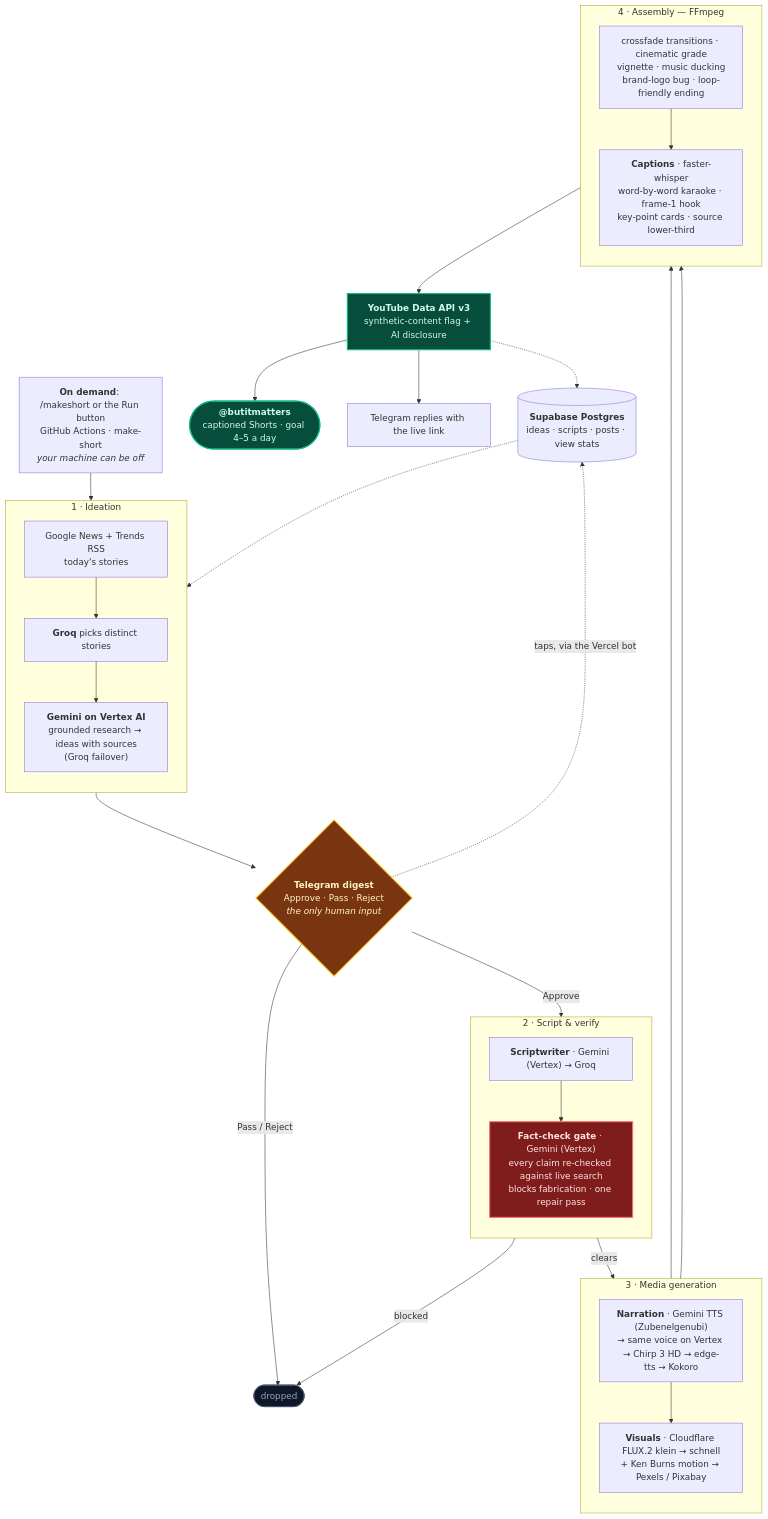
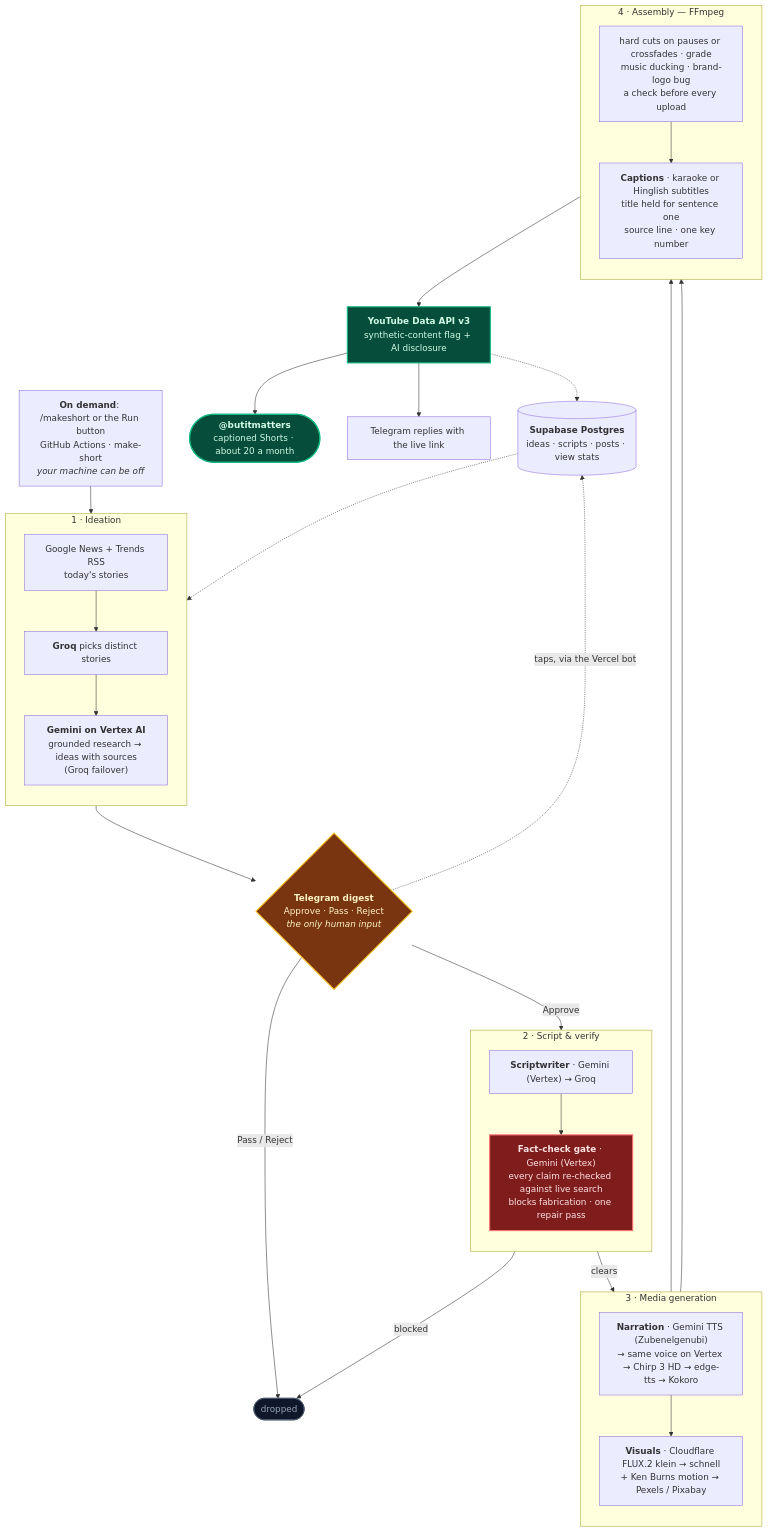
The diagram in README.md (Shaan-alpha/AI-Reel-Factory), drawn with Mermaid before and after one commit. The commit also changed other lines of this file and 12 other files, not shown here.

````diff
--- a/README.md
+++ b/README.md
@@ -87,64 +95,64 @@
 ```mermaid
 flowchart TD
     RUN["<b>On demand</b>: /makeshort or the Run button<br/>GitHub Actions · make-short<br/><i>your machine can be off</i>"]
 
     subgraph IDEA ["1 · Ideation"]
         direction TB
         I1["Google News + Trends RSS<br/>today's stories"]
         I2["<b>Groq</b> picks distinct stories"]
         I3["<b>Gemini on Vertex AI</b><br/>grounded research → ideas with sources<br/>(Groq failover)"]
         I1 --> I2 --> I3
     end
 
     TG{"<b>Telegram digest</b><br/>Approve · Pass · Reject<br/><i>the only human input</i>"}
     DROP(["dropped"])
 
     subgraph WRITE ["2 · Script &amp; verify"]
         direction TB
         W1["<b>Scriptwriter</b> · Gemini (Vertex) → Groq"]
         W2["<b>Fact-check gate</b> · Gemini (Vertex)<br/>every claim re-checked against live search<br/>blocks fabrication · one repair pass"]
         W1 --> W2
     end
 
     subgraph MEDIA ["3 · Media generation"]
         direction TB
         V1["<b>Narration</b> · Gemini TTS (Zubenelgenubi)<br/>→ same voice on Vertex → Chirp 3 HD → edge-tts → Kokoro"]
         V2["<b>Visuals</b> · Cloudflare FLUX.2 klein → schnell<br/>+ Ken Burns motion → Pexels / Pixabay"]
         V1 --> V2
     end
 
     subgraph EDIT ["4 · Assembly — FFmpeg"]
         direction TB
-        E1["crossfade transitions · cinematic grade<br/>vignette · music ducking<br/>brand-logo bug · loop-friendly ending"]
-        E2["<b>Captions</b> · faster-whisper<br/>word-by-word karaoke · frame-1 hook<br/>key-point cards · source lower-third"]
+        E1["hard cuts on pauses or crossfades · grade<br/>music ducking · brand-logo bug<br/>a check before every upload"]
+        E2["<b>Captions</b> · karaoke or Hinglish subtitles<br/>title held for sentence one<br/>source line · one key number"]
         E1 --> E2
     end
 
     PUB["<b>YouTube Data API v3</b><br/>synthetic-content flag + AI disclosure"]
-    OUT(["<b>@butitmatters</b><br/>captioned Shorts · goal 4–5 a day"])
+    OUT(["<b>@butitmatters</b><br/>captioned Shorts · about 20 a month"])
     LINK["Telegram replies with the live link"]
     DB[("<b>Supabase Postgres</b><br/>ideas · scripts · posts · view stats")]
 
     RUN --> I1
     IDEA --> TG
     TG -->|"Pass / Reject"| DROP
     TG -->|"Approve"| W1
     W2 -->|"blocked"| DROP
     W2 -->|"clears"| V1
     V1 --> E1
     V2 --> E1
     E2 --> PUB --> OUT
     PUB --> LINK
     DB -.-> IDEA
     TG -.->|"taps, via the Vercel bot"| DB
     PUB -.-> DB
 
     classDef gate fill:#7f1d1d,stroke:#f87171,stroke-width:2px,color:#fee2e2
     classDef human fill:#78350f,stroke:#fbbf24,stroke-width:2px,color:#fef3c7
     classDef out fill:#064e3b,stroke:#10b981,stroke-width:2px,color:#d1fae5
     classDef quiet fill:#0f172a,stroke:#475569,stroke-width:1.5px,color:#94a3b8
     class W2 gate
     class TG human
     class OUT,PUB out
     class DROP quiet
 ```
````
